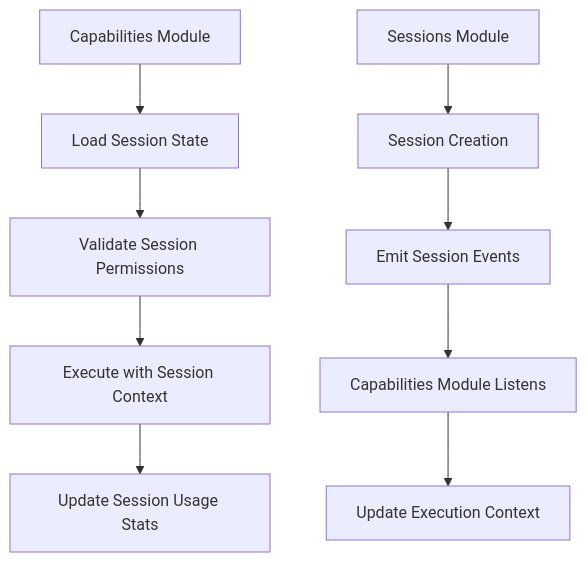
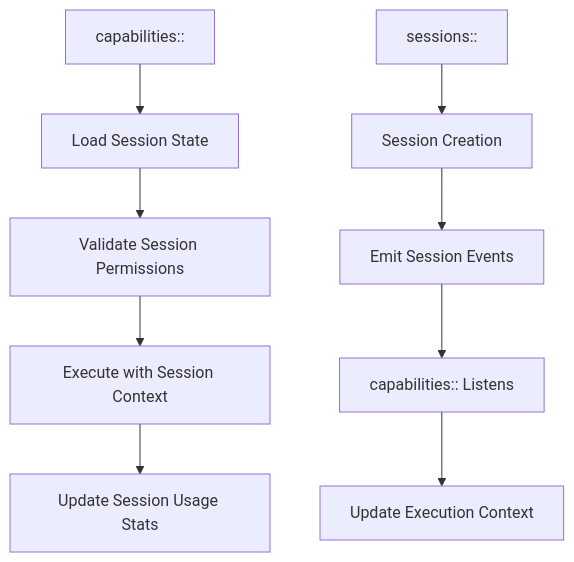
One commit to timewave-computer/valence-solana changed the sixth of 14 diagrams in docs/005-integration.md. Above: the diagram before and after it, drawn with Mermaid. The commit also changed other lines of this file and 70 other files, not shown here.

````diff
--- a/docs/005-integration.md
+++ b/docs/005-integration.md
@@ -116,12 +116,12 @@
 ```mermaid
 graph TD
-    A[Capabilities Module] --> B[Load Session State]
+    A[capabilities::] --> B[Load Session State]
     B --> C[Validate Session Permissions]
     C --> D[Execute with Session Context]
     D --> E[Update Session Usage Stats]
     
-    F[Sessions Module] --> G[Session Creation]
+    F[sessions::] --> G[Session Creation]
     G --> H[Emit Session Events]
-    H --> I[Capabilities Module Listens]
+    H --> I[capabilities:: Listens]
     I --> J[Update Execution Context]
 ```
````
